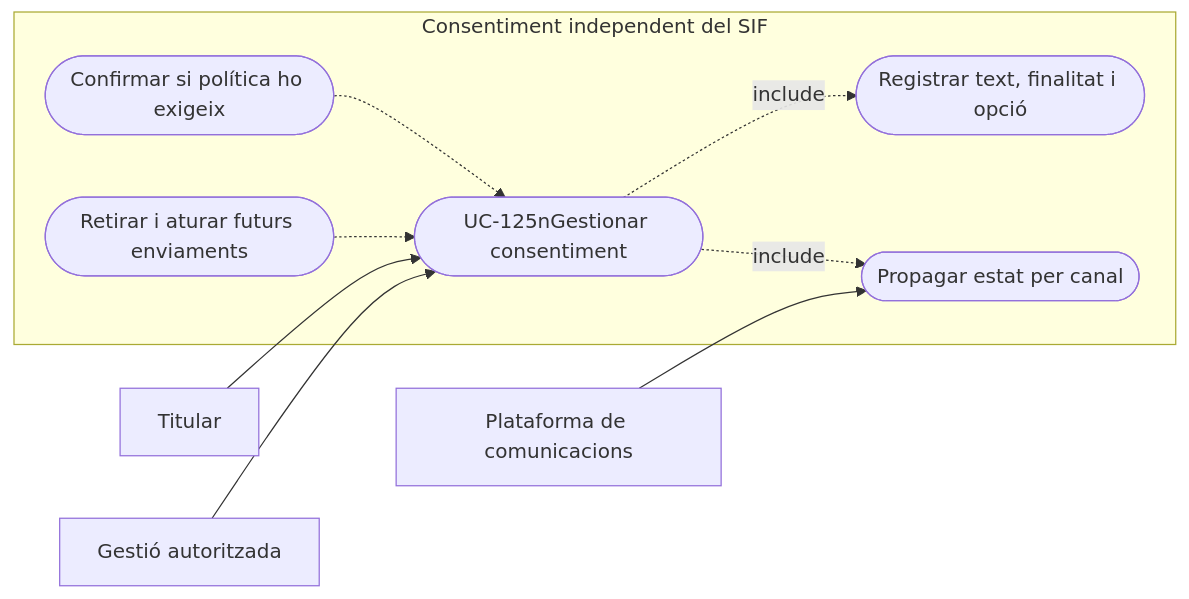
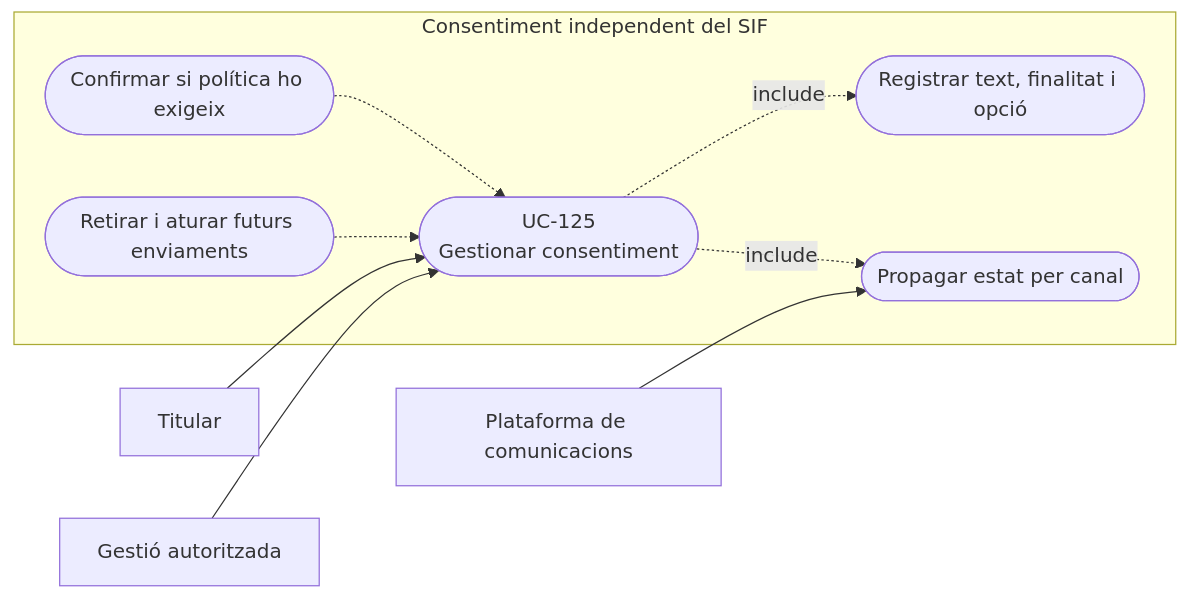
One commit to orgmeriemprismacat-del/verifactu changed the second of 4 diagrams in documentacio/07-uml-integrat/uc-125-consentiment-comunicacions-separat.md. Above: the diagram before and after it, drawn with Mermaid.

Commit message:
docs(uml): corregir salts Mermaid UC-125

````diff
--- a/documentacio/07-uml-integrat/uc-125-consentiment-comunicacions-separat.md
+++ b/documentacio/07-uml-integrat/uc-125-consentiment-comunicacions-separat.md
@@ -98,20 +98,20 @@
 ```mermaid
 flowchart LR
   a_0["Titular"]
   a_1["Gestió autoritzada"]
   a_2["Plataforma de comunicacions"]
   subgraph SIF_BOUNDARY["Consentiment independent del SIF"]
-    u_0(["UC-125nGestionar consentiment"])
+    u_0(["UC-125<br/>Gestionar consentiment"])
     u_1(["Registrar text, finalitat i opció"])
     u_2(["Confirmar si política ho exigeix"])
     u_3(["Retirar i aturar futurs enviaments"])
     u_4(["Propagar estat per canal"])
   end
   a_0 --> u_0
   a_1 --> u_0
   a_2 --> u_4
   u_0 -.->|include| u_1
   u_2 -.-> u_0
   u_3 -.-> u_0
   u_0 -.->|include| u_4
 ```
````
